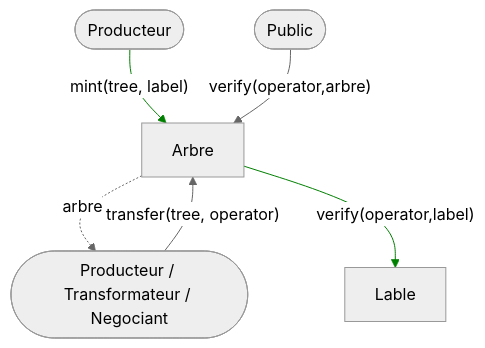
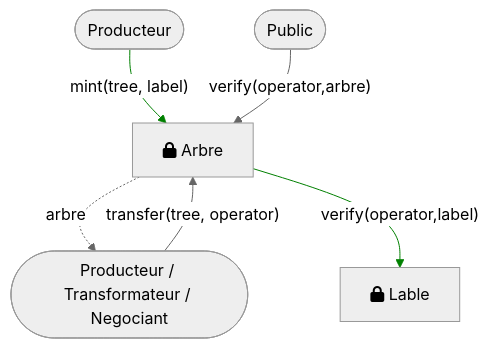
The fourth of 6 diagrams in backend/docs/contracts_architecture.md (ncoquelet/RobinWood), drawn with Mermaid (neutral theme) before and after one commit. The commit also changed other lines of this file, not shown here.

````diff
--- a/backend/docs/contracts_architecture.md
+++ b/backend/docs/contracts_architecture.md
@@ -62,18 +62,18 @@
 ```mermaid
 flowchart
 
   expl([Producteur])
-  trans([Producteur / Transformateur / Negociant])
+  other([Producteur / Transformateur / Negociant])
   any([Public])
 
-  labl[Lable]
-  arbre[Arbre]
+  labl["fa:fa-lock Lable"]
+  arbre[fa:fa-lock Arbre]
 
   expl -->|"mint(tree, label)"| arbre
-  trans -->|"transfer(tree, operator)"| arbre -.->|"arbre"| trans
+  other -->|"transfer(tree, operator)"| arbre -.->|"arbre"| other
   any -->|"verify(operator,arbre)"| arbre
   arbre -->|"verify(operator,label)"| labl
 
   linkStyle 0,4 stroke:green;
 
 ```
````
